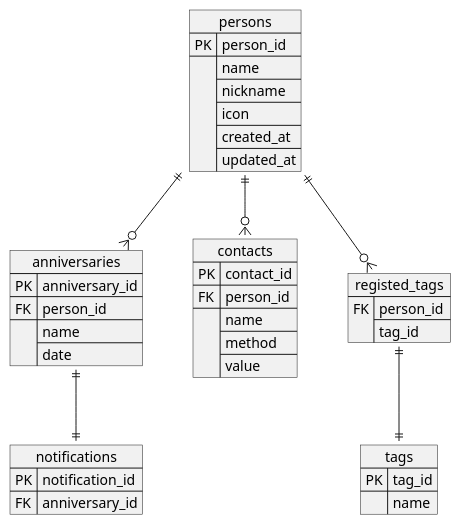
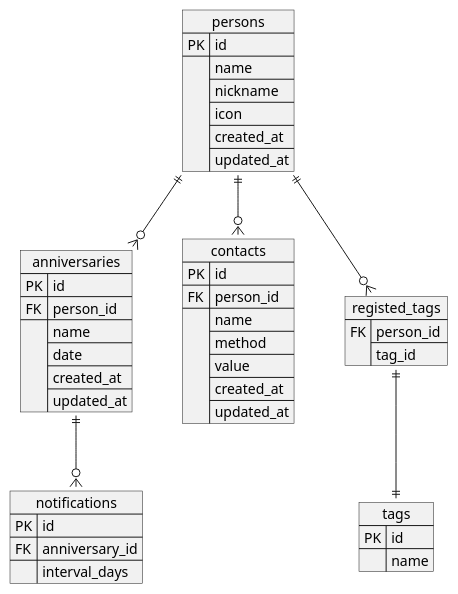
One commit to nmskm240/friend_list changed the diagram in uml/entity_relationship_diagram.pu. Above: the diagram before and after it, drawn with PlantUML. The commit also changed 12 other files, not shown here.

```diff
--- a/uml/entity_relationship_diagram.pu
+++ b/uml/entity_relationship_diagram.pu
@@ -1,36 +1,37 @@
 @startuml
 hide circle
 
 json anniversaries {
-    "PK": "anniversary_id",
+    "PK": "id",
     "FK": "person_id",
-    "": ["name", "date"]
+    "": ["name", "date", "created_at", "updated_at"]
 }
 json contacts {
-    "PK": "contact_id",
+    "PK": "id",
     "FK": "person_id",
-    "": ["name", "method", "value"]
+    "": ["name", "method", "value", "created_at", "updated_at"]
 }
 json notifications {
-    "PK": "notification_id",
-    "FK": "anniversary_id"
+    "PK": "id",
+    "FK": "anniversary_id",
+    "": "interval_days"
 }
 json tags {
-    "PK": "tag_id",
+    "PK": "id",
     "": "name"
 }
 json persons {
-    "PK": "person_id",
+    "PK": "id",
     "": ["name", "nickname", "icon", "created_at", "updated_at"]
 }
 json registed_tags {
     "FK": ["person_id", "tag_id"]
 }
 
-anniversaries ||--|| notifications
+anniversaries ||--o{ notifications
 persons ||--o{ anniversaries
 persons ||--o{ contacts
 persons ||--o{ registed_tags
 registed_tags ||--|| tags
 
 @enduml
```
